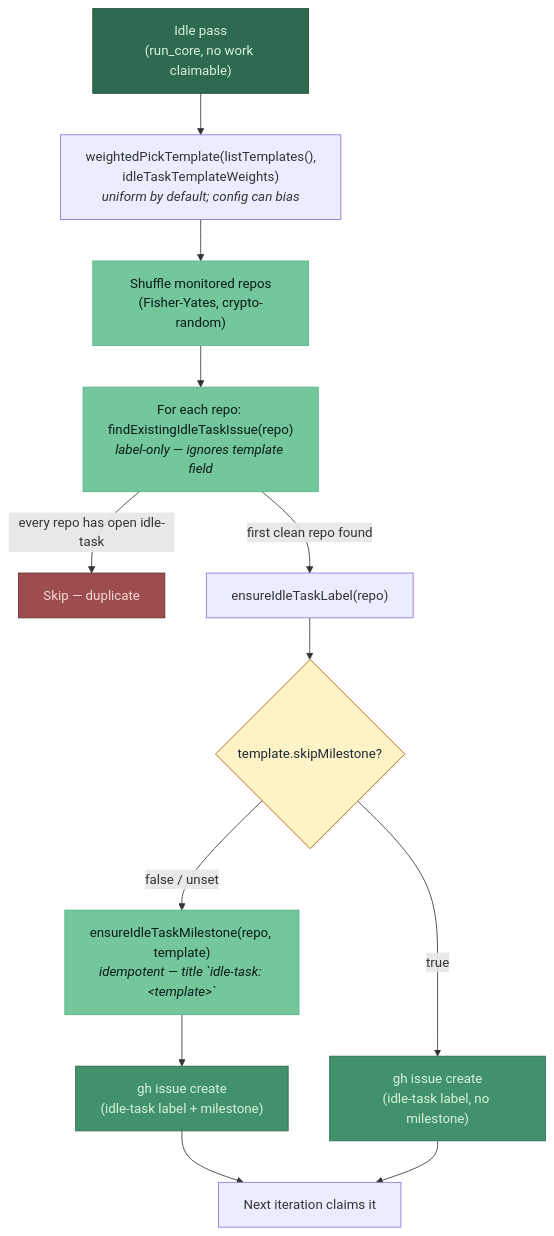
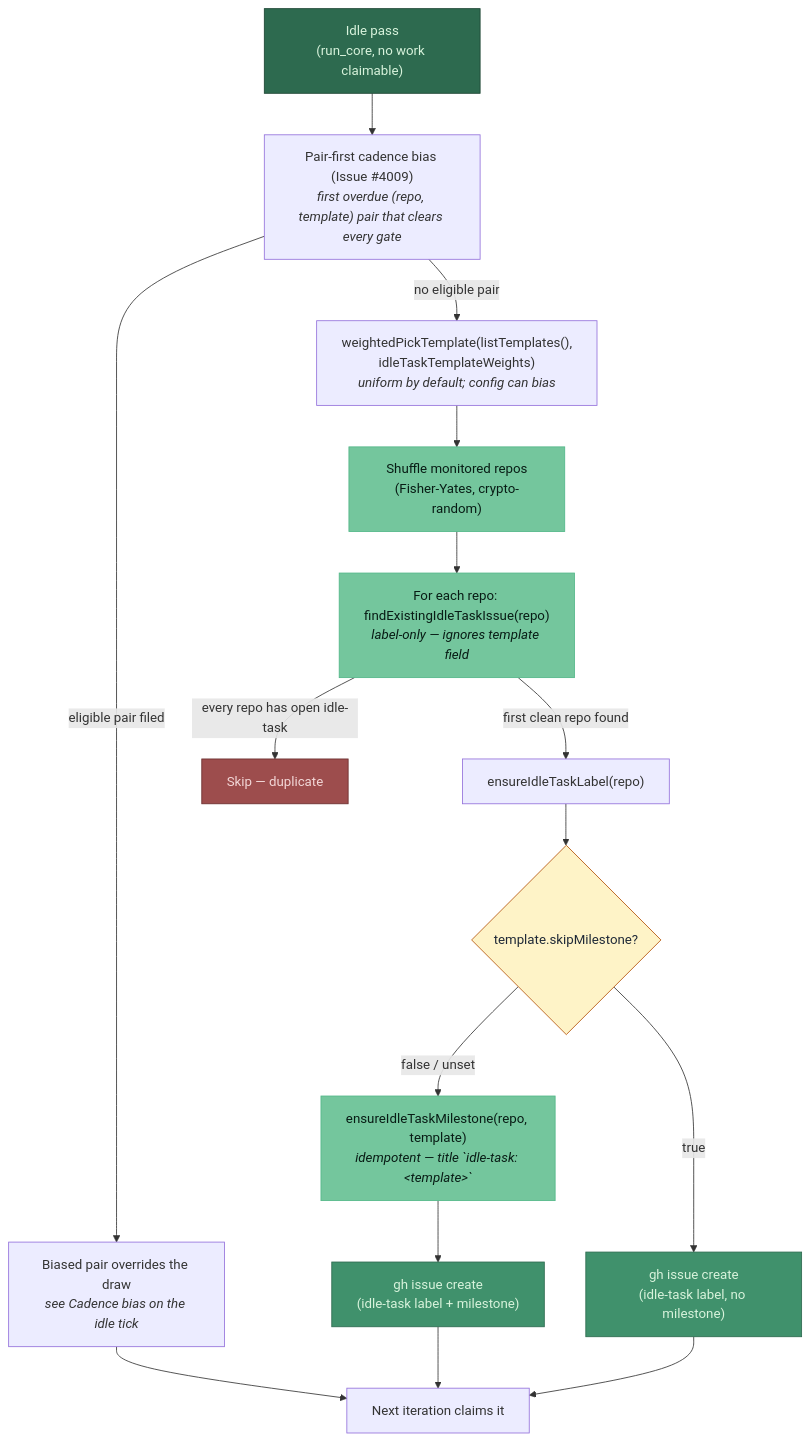
Diagram 18 of 21 in docs/IDLE-TASK-FRAMEWORK.md (stSoftwareAU/VibeCoder), drawn with Mermaid before and after one commit. The commit also changed other lines of this file and 13 other files, not shown here.

````diff
--- a/docs/IDLE-TASK-FRAMEWORK.md
+++ b/docs/IDLE-TASK-FRAMEWORK.md
@@ -2344,23 +2345,26 @@
 ```mermaid
 flowchart TD
-    A["Idle pass<br/>(run_core, no work claimable)"] --> B["weightedPickTemplate(listTemplates(),<br/>idleTaskTemplateWeights)<br/><i>uniform by default; config can bias</i>"]
+    A["Idle pass<br/>(run_core, no work claimable)"] --> P["Pair-first cadence bias (Issue #4009)<br/><i>first overdue (repo, template) pair that clears every gate</i>"]
+    P -->|eligible pair filed| O["Biased pair overrides the draw<br/><i>see Cadence bias on the idle tick</i>"]
+    O --> I
+    P -->|no eligible pair| B["weightedPickTemplate(listTemplates(),<br/>idleTaskTemplateWeights)<br/><i>uniform by default; config can bias</i>"]
     B --> C["Shuffle monitored repos<br/>(Fisher-Yates, crypto-random)"]
     C --> D["For each repo: findExistingIdleTaskIssue(repo)<br/><i>label-only — ignores template field</i>"]
     D -->|every repo has open idle-task| E["Skip — duplicate"]
     D -->|first clean repo found| F["ensureIdleTaskLabel(repo)"]
     F --> S{"template.skipMilestone?"}
     S -->|false / unset| G["ensureIdleTaskMilestone(repo, template)<br/><i>idempotent — title `idle-task: &lt;template&gt;`</i>"]
     S -->|true| H2["gh issue create<br/>(idle-task label, no milestone)"]
     G --> H["gh issue create<br/>(idle-task label + milestone)"]
     H --> I["Next iteration claims it"]
     H2 --> I
 
     style A fill:#2d6a4f,stroke:#1b4332,color:#d8f3dc
     style C fill:#74c69d,stroke:#52b788,color:#081c15
     style D fill:#74c69d,stroke:#52b788,color:#081c15
     style S fill:#fef3c7,stroke:#b45309,color:#1f2937
     style G fill:#74c69d,stroke:#52b788,color:#081c15
     style H fill:#40916c,stroke:#2d6a4f,color:#d8f3dc
     style H2 fill:#40916c,stroke:#2d6a4f,color:#d8f3dc
     style E fill:#9d4d4d,stroke:#6a2d2d,color:#f3d8d8
 ```
````
